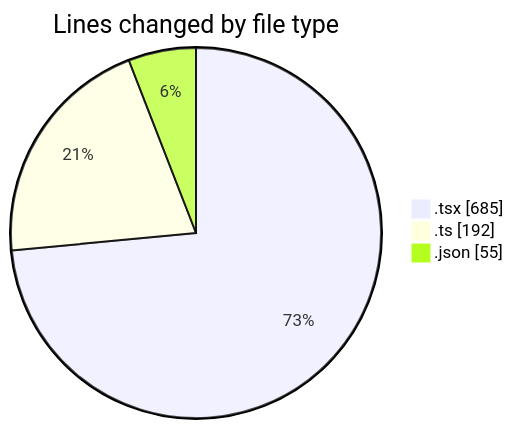
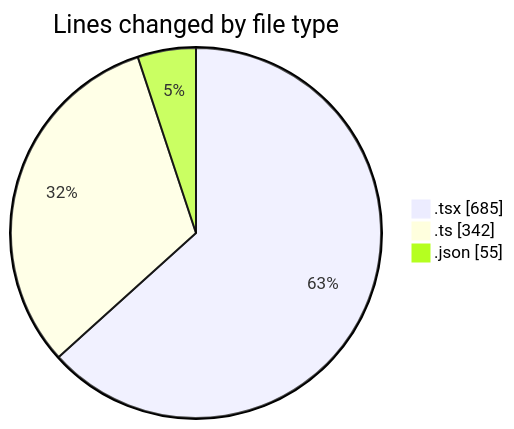
Before and after one commit to julien-gomy/code-tracking: the first of 2 diagrams in 2025-10-21/eventscop-frontend-guide__workspace_/README.md, drawn with Mermaid. The commit also changed other lines of this file and 1 other file, not shown here.

````diff
--- a/2025-10-21/eventscop-frontend-guide__workspace_/README.md
+++ b/2025-10-21/eventscop-frontend-guide__workspace_/README.md
@@ -31,7 +33,7 @@
 ```mermaid
 pie showData
 title Lines changed by file type
 ".tsx" : 685
-".ts" : 192
+".ts" : 342
 ".json" : 55
 ```
````
